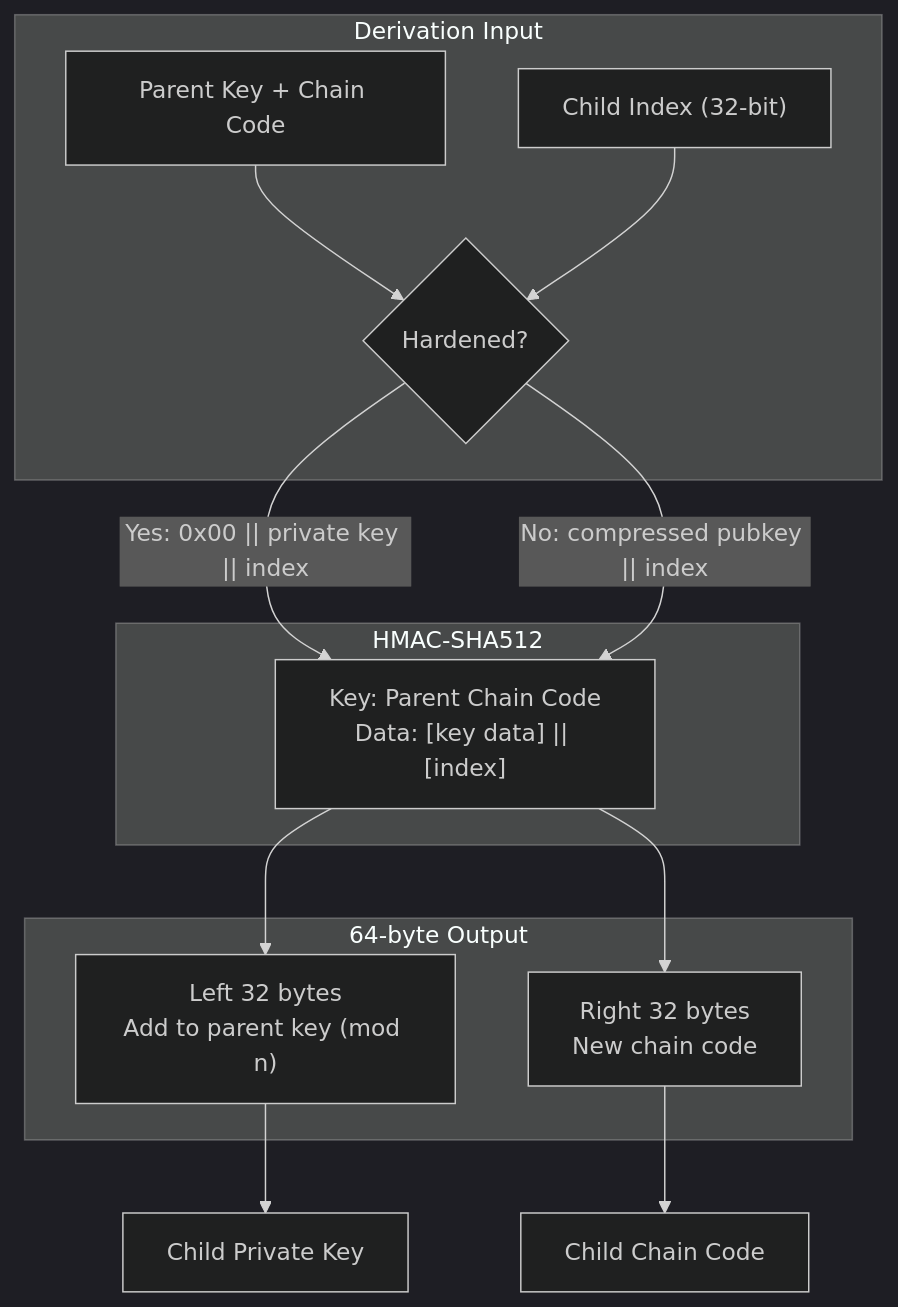
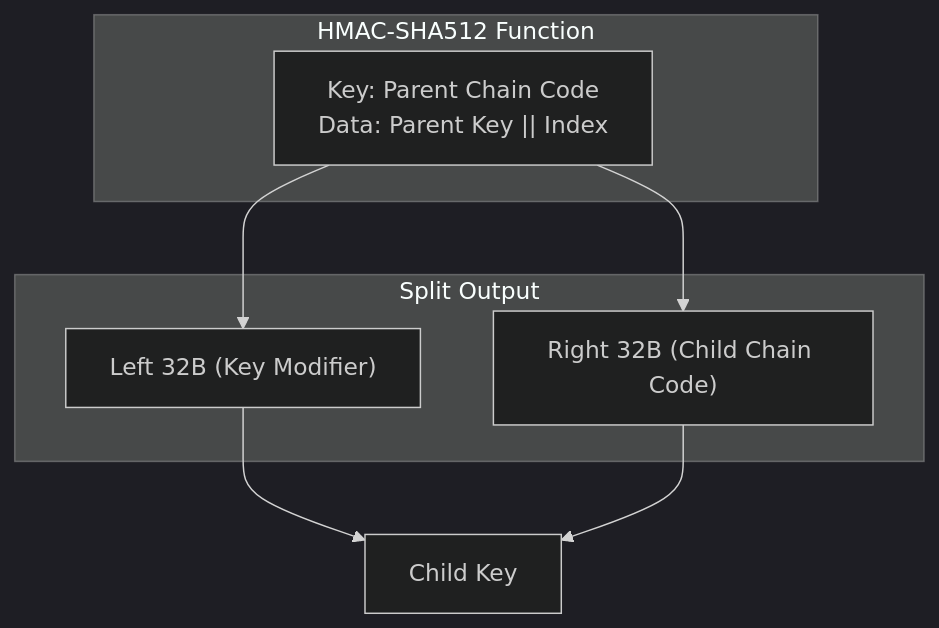
One commit to diegobianqui/BOSS_Syllabus changed the second of 4 diagrams in src/wallets.md. Above: the diagram before and after it, drawn with Mermaid (dark theme). The commit also changed other lines of this file and 3 other files, not shown here.

````diff
--- a/src/wallets.md
+++ b/src/wallets.md
@@ -40,26 +52,16 @@
 ```mermaid
 graph TD
-    subgraph Input["Derivation Input"]
-        PARENT["Parent Key + Chain Code"]
-        INDEX["Child Index (32-bit)"]
-        HARD{Hardened?}
+    subgraph HMAC["HMAC-SHA512 Function"]
+        H["Key: Parent Chain Code<br/>Data: Parent Key || Index"]
     end
     
-    subgraph HMAC["HMAC-SHA512"]
-        H["Key: Parent Chain Code<br/>Data: [key data] || [index]"]
+    subgraph Output["Split Output"]
+        L["Left 32B (Key Modifier)"]
+        R["Right 32B (Child Chain Code)"]
     end
     
-    subgraph Output["64-byte Output"]
-        LEFT["Left 32 bytes<br/>Add to parent key (mod n)"]
-        RIGHT["Right 32 bytes<br/>New chain code"]
-    end
-    
-    PARENT --> HARD
-    INDEX --> HARD
-    HARD -->|"Yes: 0x00 || private key || index"| H
-    HARD -->|"No: compressed pubkey || index"| H
-    H --> LEFT
-    H --> RIGHT
-    LEFT --> CHILD["Child Private Key"]
-    RIGHT --> CHAIN["Child Chain Code"]
+    H --> L
+    H --> R
+    L --> CHILD["Child Key"]
+    R --> CHILD
 ```
````
